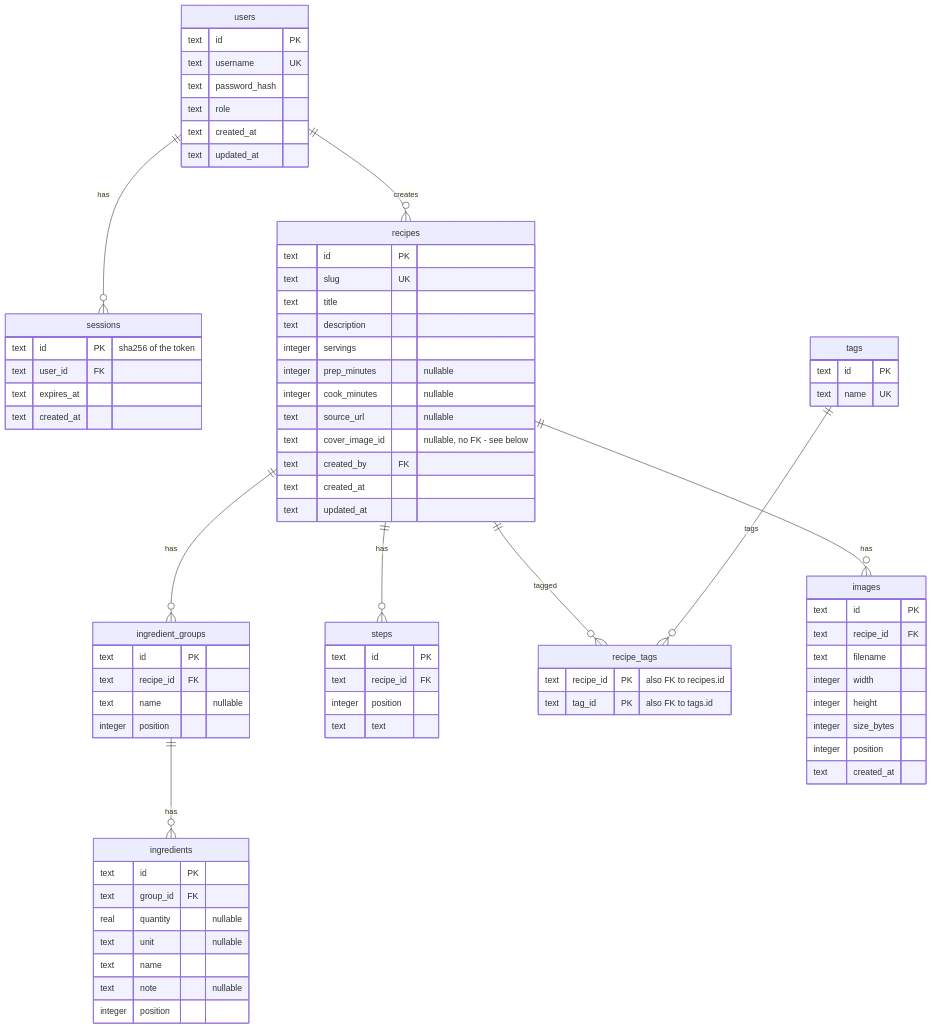
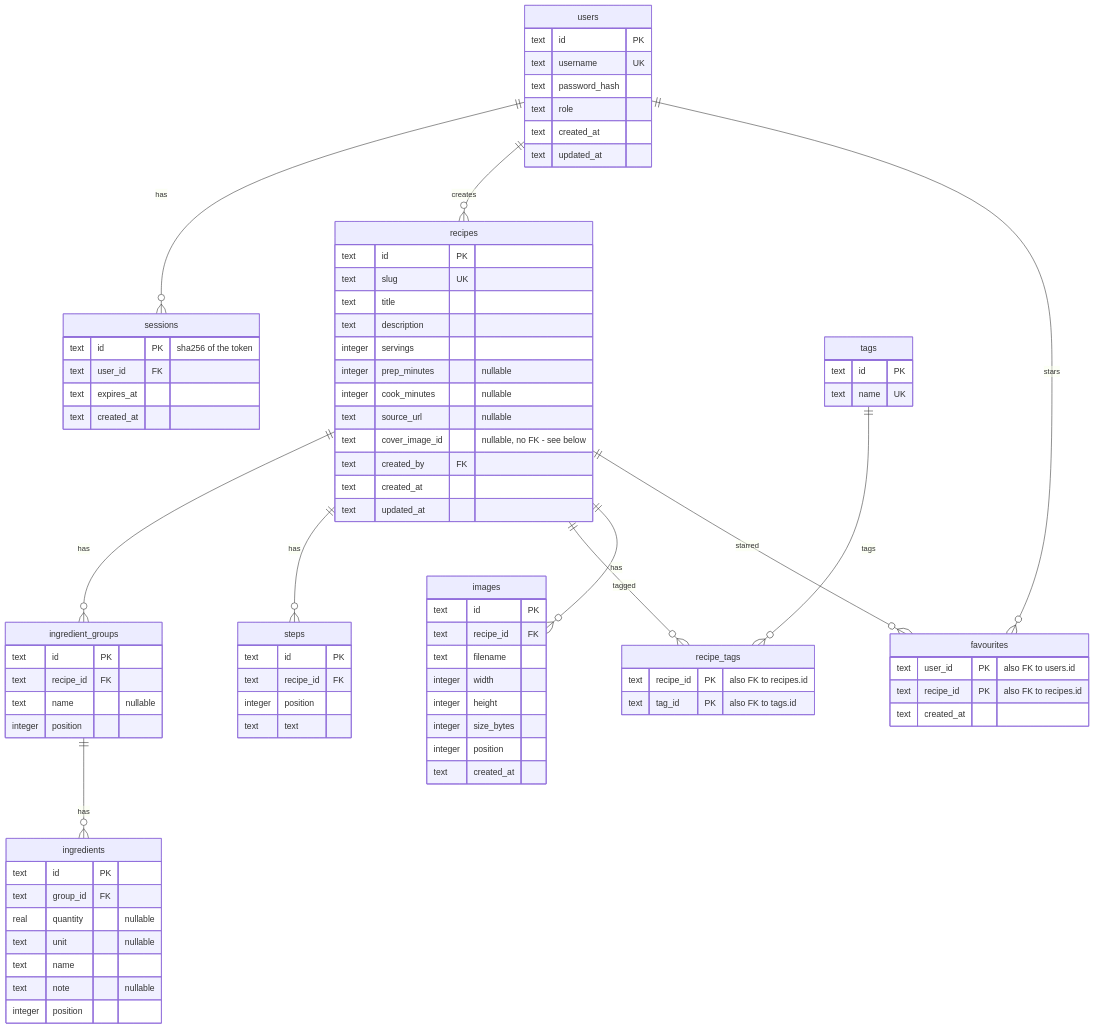
The diagram in docs/memory/content/architecture/data-model.mdx (s-frei/rezepte), drawn with Mermaid before and after one commit. The commit also changed other lines of this file and 13 other files, not shown here.

```diff
--- a/docs/memory/content/architecture/data-model.mdx
+++ b/docs/memory/content/architecture/data-model.mdx
@@ -13,6 +13,8 @@
   recipes ||--o{ recipe_tags : tagged
   tags ||--o{ recipe_tags : tags
   recipes ||--o{ images : has
+  users ||--o{ favourites : stars
+  recipes ||--o{ favourites : starred
   users {
     text id PK
     text username UK
@@ -70,6 +72,11 @@
     text recipe_id PK "also FK to recipes.id"
     text tag_id PK "also FK to tags.id"
   }
+  favourites {
+    text user_id PK "also FK to users.id"
+    text recipe_id PK "also FK to recipes.id"
+    text created_at
+  }
   images {
     text id PK
     text recipe_id FK
```
